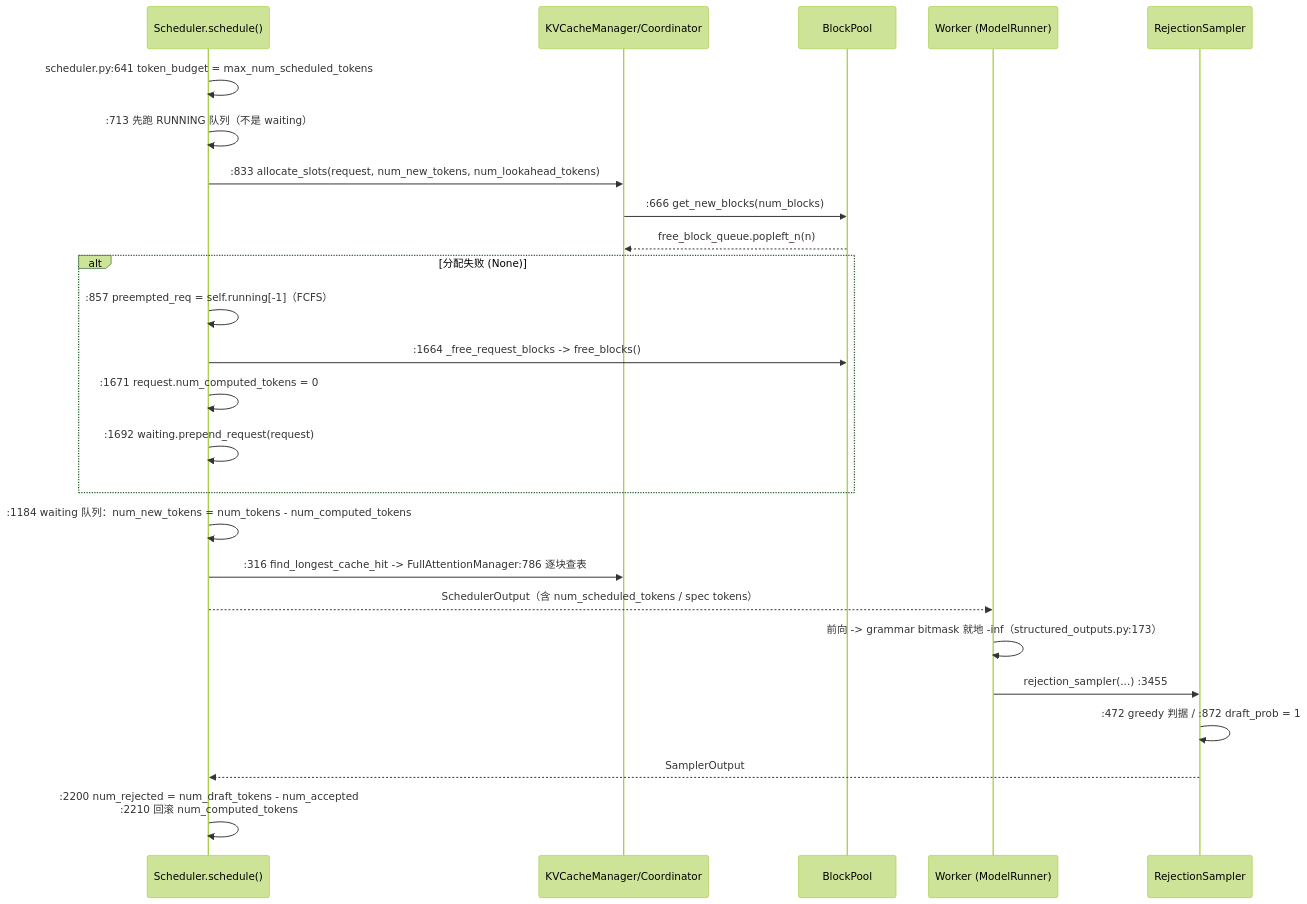
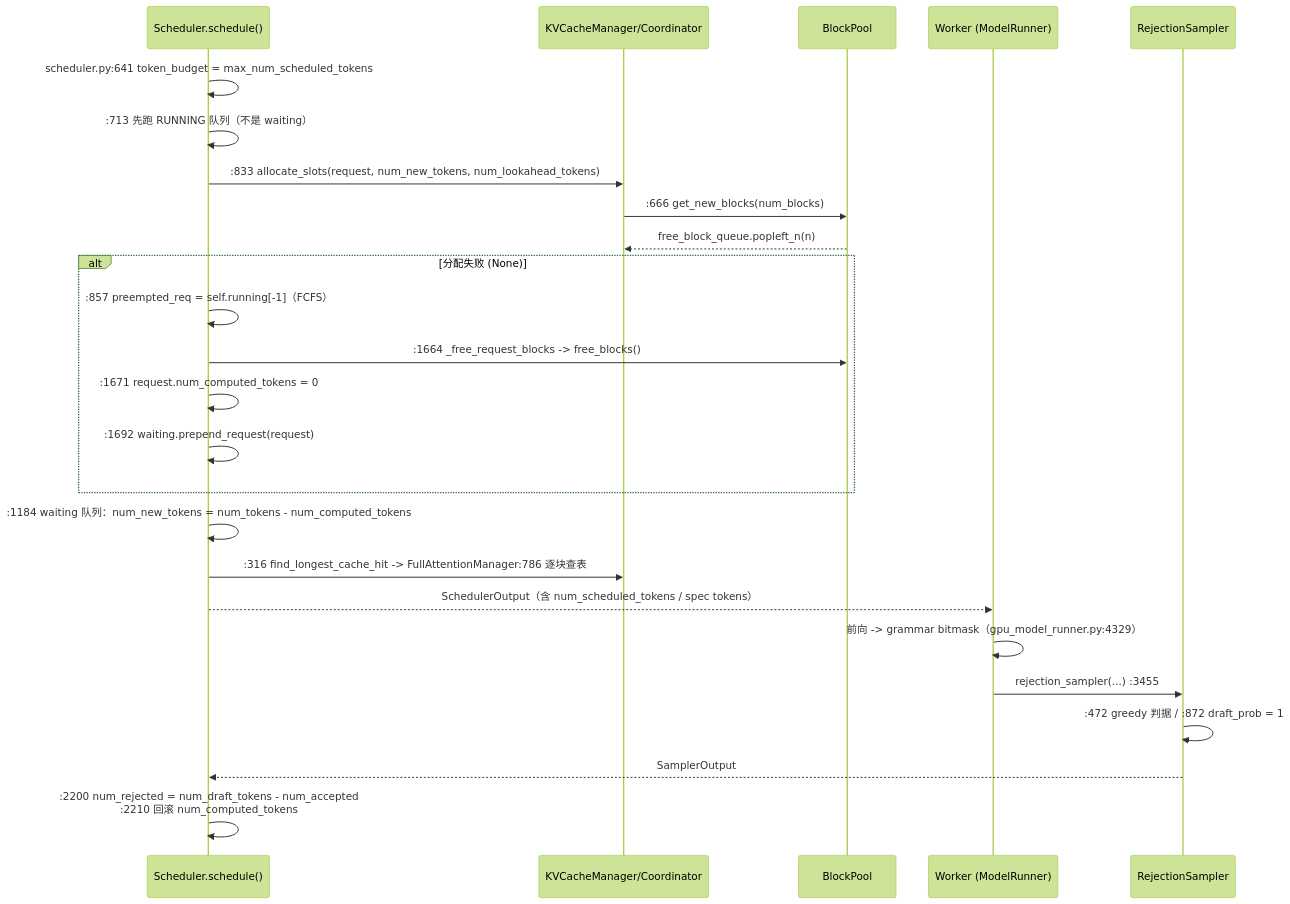
The second of 2 diagrams in OpenSource/vllm/report.md (zhoucanzong/ResearchReport), drawn with Mermaid (forest theme) before and after one commit. The commit also changed other lines of this file and 118 other files, not shown here.

````diff
--- a/OpenSource/vllm/report.md
+++ b/OpenSource/vllm/report.md
@@ -155,27 +157,27 @@
 ```mermaid
 sequenceDiagram
     participant S as Scheduler.schedule()
     participant C as KVCacheManager/Coordinator
     participant P as BlockPool
     participant W as Worker (ModelRunner)
     participant R as RejectionSampler
     S->>S: scheduler.py:641 token_budget = max_num_scheduled_tokens
     S->>S: :713 先跑 RUNNING 队列（不是 waiting）
     S->>C: :833 allocate_slots(request, num_new_tokens, num_lookahead_tokens)
     C->>P: :666 get_new_blocks(num_blocks)
     P-->>C: free_block_queue.popleft_n(n)
     alt 分配失败 (None)
         S->>S: :857 preempted_req = self.running[-1]（FCFS）
         S->>P: :1664 _free_request_blocks -> free_blocks()
         S->>S: :1671 request.num_computed_tokens = 0
         S->>S: :1692 waiting.prepend_request(request)
     end
     S->>S: :1184 waiting 队列：num_new_tokens = num_tokens - num_computed_tokens
     S->>C: :316 find_longest_cache_hit -> FullAttentionManager:786 逐块查表
     S-->>W: SchedulerOutput（含 num_scheduled_tokens / spec tokens）
-    W->>W: 前向 -> grammar bitmask 就地 -inf（structured_outputs.py:173）
+    W->>W: 前向 -> grammar bitmask（gpu_model_runner.py:4329）
     W->>R: rejection_sampler(...) :3455
     R->>R: :472 greedy 判据 / :872 draft_prob = 1
     R-->>S: SamplerOutput
     S->>S: :2200 num_rejected = num_draft_tokens - num_accepted <br/> :2210 回滚 num_computed_tokens
 ```
````
